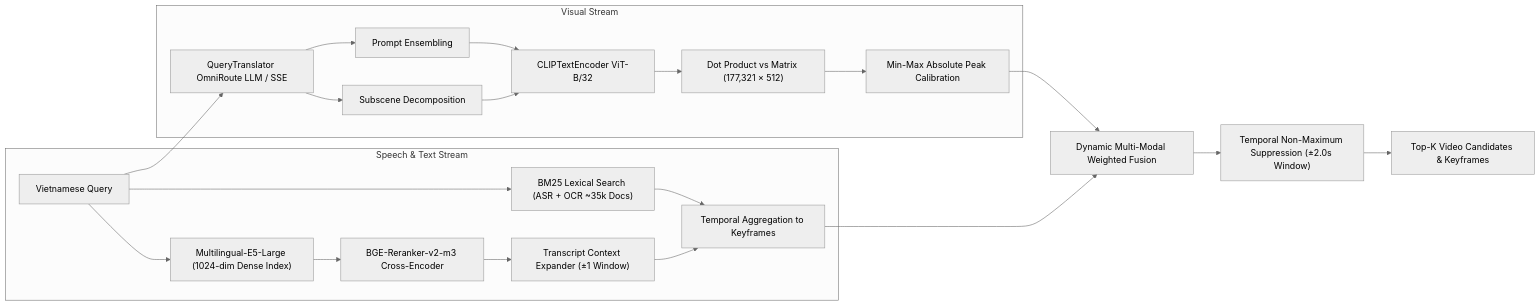
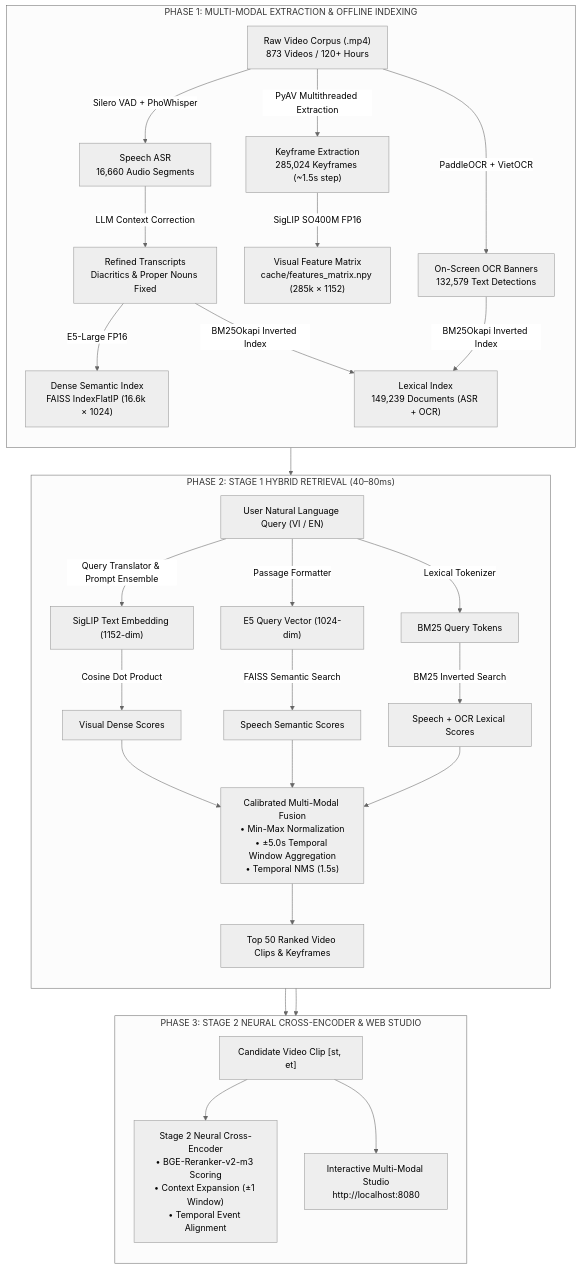
Before and after one commit to TotallyNotMinh/Multi-Modal-Video-Retrieval: the fourth of 6 diagrams in full_system_and_benchmark_report.md, drawn with Mermaid (neutral theme). The commit also changed other lines of this file and 3 other files, not shown here.

Commit message:
feat(ui): modernize dark theme UI/UX design and set default search top-k to 100

````diff
--- a/full_system_and_benchmark_report.md
+++ b/full_system_and_benchmark_report.md
@@ -62,25 +177,40 @@
 ```mermaid
-flowchart LR
-    UserQuery["Vietnamese Query"] --> Trans[QueryTranslator OmniRoute LLM / SSE]
-    
-    subgraph "Visual Stream"
-        Trans --> PromptEns[Prompt Ensembling]
-        Trans --> SubScenes[Subscene Decomposition]
-        PromptEns & SubScenes --> CLIPEnc[CLIPTextEncoder ViT-B/32]
-        CLIPEnc --> DenseDot["Dot Product vs Matrix (177,321 × 512)"]
-        DenseDot --> PeakCalib[Min-Max Absolute Peak Calibration]
+flowchart TD
+    subgraph PHASE1 ["PHASE 1: MULTI-MODAL EXTRACTION & OFFLINE INDEXING"]
+        direction TB
+        V["Raw Video Corpus (.mp4)<br>873 Videos / 120+ Hours"]
+        V -->|PyAV Multithreaded Extraction| KF["Keyframe Extraction<br>285,024 Keyframes (~1.5s step)"]
+        V -->|Silero VAD + PhoWhisper| ASR["Speech ASR<br>16,660 Audio Segments"]
+        V -->|PaddleOCR + VietOCR| OCR["On-Screen OCR Banners<br>132,579 Text Detections"]
+
+        KF -->|SigLIP SO400M FP16| SIG_IDX["Visual Feature Matrix<br>cache/features_matrix.npy (285k × 1152)"]
+        ASR -->|LLM Context Correction| REF_ASR["Refined Transcripts<br>Diacritics & Proper Nouns Fixed"]
+        
+        REF_ASR -->|E5-Large FP16| E5_IDX["Dense Semantic Index<br>FAISS IndexFlatIP (16.6k × 1024)"]
+        REF_ASR & OCR -->|BM25Okapi Inverted Index| BM25_IDX["Lexical Index<br>149,239 Documents (ASR + OCR)"]
     end
 
-    subgraph "Speech & Text Stream"
-        UserQuery --> BM25Engine["BM25 Lexical Search (ASR + OCR ~35k Docs)"]
-        UserQuery --> E5Enc["Multilingual-E5-Large (1024-dim Dense Index)"]
-        E5Enc --> BGERerank["BGE-Reranker-v2-m3 Cross-Encoder"]
-        BGERerank --> ContextExp["Transcript Context Expander (±1 Window)"]
-        BM25Engine & ContextExp --> KeyframeMap["Temporal Aggregation to Keyframes"]
+    subgraph PHASE2 ["PHASE 2: STAGE 1 HYBRID RETRIEVAL (40–80ms)"]
+        direction TB
+        Q["User Natural Language Query (VI / EN)"]
+        Q -->|Query Translator & Prompt Ensemble| Q_VIS["SigLIP Text Embedding (1152-dim)"]
+        Q -->|Passage Formatter| Q_E5["E5 Query Vector (1024-dim)"]
+        Q -->|Lexical Tokenizer| Q_BM25["BM25 Query Tokens"]
+
+        Q_VIS -->|Cosine Dot Product| SCORE_VIS["Visual Dense Scores"]
+        Q_E5 -->|FAISS Semantic Search| SCORE_E5["Speech Semantic Scores"]
+        Q_BM25 -->|BM25 Inverted Search| SCORE_BM25["Speech + OCR Lexical Scores"]
+
+        SCORE_VIS & SCORE_E5 & SCORE_BM25 --> FUSE["Calibrated Multi-Modal Fusion<br>• Min-Max Normalization<br>• ±5.0s Temporal Window Aggregation<br>• Temporal NMS (1.5s)"]
+        FUSE --> TOP_CANDS["Top 50 Ranked Video Clips & Keyframes"]
     end
 
-    PeakCalib --> Fusion["Dynamic Multi-Modal Weighted Fusion"]
-    KeyframeMap --> Fusion
-    Fusion --> TNMS["Temporal Non-Maximum Suppression (±2.0s Window)"]
-    TNMS --> RankedResults["Top-K Video Candidates & Keyframes"]
+    subgraph PHASE3 ["PHASE 3: STAGE 2 NEURAL CROSS-ENCODER & WEB STUDIO"]
+        direction TB
+        TOP_CANDS --> CLIP_PICK["Candidate Video Clip [st, et]"]
+        CLIP_PICK --> VLM["Stage 2 Neural Cross-Encoder<br>• BGE-Reranker-v2-m3 Scoring<br>• Context Expansion (±1 Window)<br>• Temporal Event Alignment"]
+        CLIP_PICK --> STUDIO["Interactive Multi-Modal Studio<br>http://localhost:8080"]
+    end
+
+    PHASE1 --> PHASE2 --> PHASE3
 ```
````
